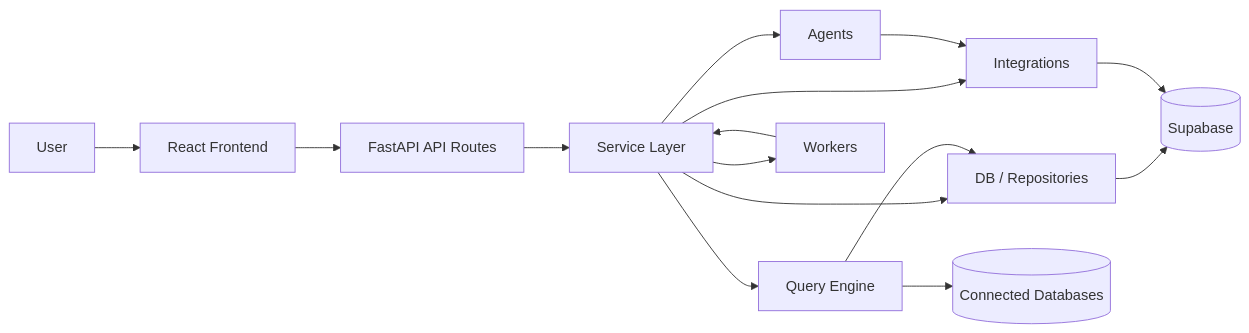
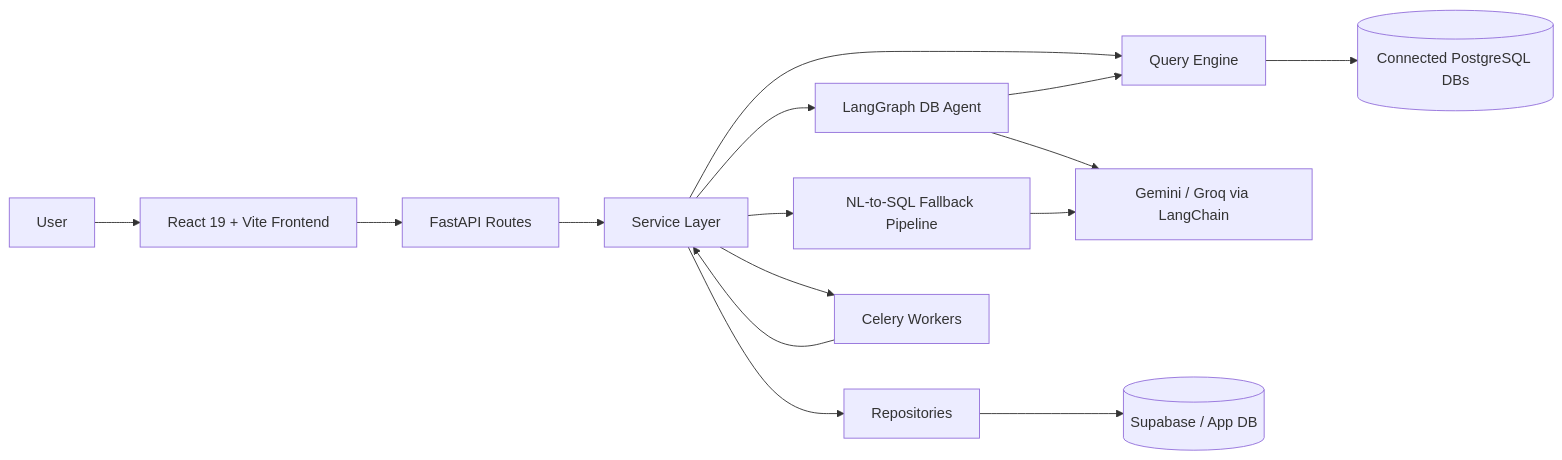
The diagram in README.md (danishali778/query-mind), drawn with Mermaid before and after one commit. The commit also changed other lines of this file and 12 other files, not shown here.

````diff
--- a/README.md
+++ b/README.md
@@ -56,19 +125,19 @@
 ```mermaid
 flowchart LR
-    U[User] --> FE[React Frontend]
-    FE --> API[FastAPI API Routes]
+    U[User] --> FE[React 19 + Vite Frontend]
+    FE --> API[FastAPI Routes]
 
     API --> SVC[Service Layer]
-    SVC --> AGENTS[Agents]
+    SVC --> AGENT[LangGraph DB Agent]
+    SVC --> PIPE[NL-to-SQL Fallback Pipeline]
     SVC --> QE[Query Engine]
-    SVC --> DB[DB / Repositories]
-    SVC --> WORKERS[Workers]
-    SVC --> INT[Integrations]
+    SVC --> REPO[Repositories]
+    SVC --> WORKERS[Celery Workers]
 
-    AGENTS --> INT
-    QE --> DB
-    DB --> SB[(Supabase)]
-    INT --> SB
-    QE --> EXTDB[(Connected Databases)]
+    AGENT --> LLM[Gemini / Groq via LangChain]
+    PIPE --> LLM
+    AGENT --> QE
+    QE --> EXTDB[(Connected PostgreSQL DBs)]
+    REPO --> SB[(Supabase / App DB)]
     WORKERS --> SVC
 ```
````
